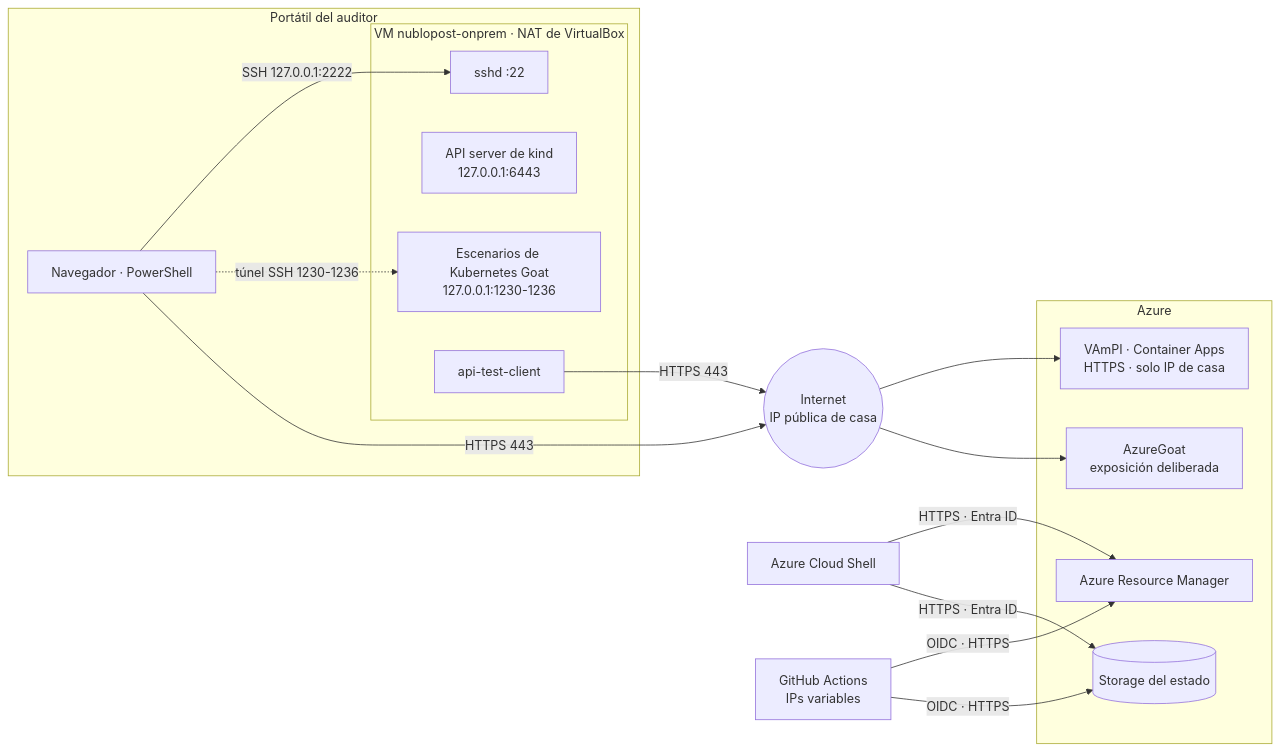
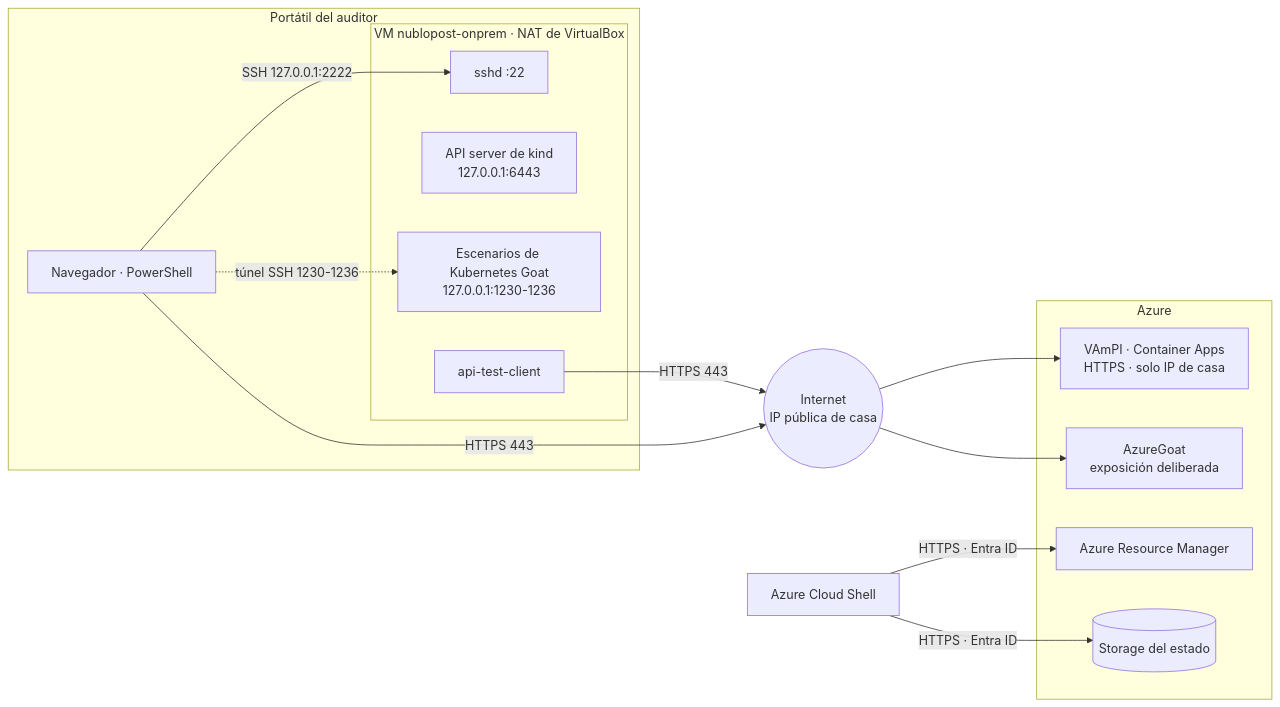
Before and after one commit to Pentesting-Nublopost-onprem/cloud-security-assessment: the diagram in architecture/network-design.md, drawn with Mermaid. The commit also changed other lines of this file and 4 other files, not shown here.

First line of the commit message:
docs: arquitectura, red y alcance sin despliegue desde GitHub

````diff
--- a/architecture/network-design.md
+++ b/architecture/network-design.md
@@ -7,35 +7,32 @@
 ```mermaid
 flowchart LR
   subgraph LAPTOP["Portátil del auditor"]
     BR["Navegador · PowerShell"]
     subgraph VMBOX["VM nublopost-onprem · NAT de VirtualBox"]
       SSHD["sshd :22"]
       KAPI["API server de kind<br/>127.0.0.1:6443"]
       PF["Escenarios de Kubernetes Goat<br/>127.0.0.1:1230-1236"]
       POD["api-test-client"]
     end
   end
 
   NET(("Internet<br/>IP pública de casa"))
 
   subgraph AZ["Azure"]
     ACA["VAmPI · Container Apps<br/>HTTPS · solo IP de casa"]
     ARM["Azure Resource Manager"]
     ST[("Storage del estado")]
     AG["AzureGoat<br/>exposición deliberada"]
   end
 
   CS["Azure Cloud Shell"]
-  GHA["GitHub Actions<br/>IPs variables"]
 
   BR -- "SSH 127.0.0.1:2222" --> SSHD
   BR -. "túnel SSH 1230-1236" .-> PF
   POD -- "HTTPS 443" --> NET
   BR -- "HTTPS 443" --> NET
   NET --> ACA
   NET --> AG
   CS -- "HTTPS · Entra ID" --> ARM
   CS -- "HTTPS · Entra ID" --> ST
-  GHA -- "OIDC · HTTPS" --> ARM
-  GHA -- "OIDC · HTTPS" --> ST
 ```
````
